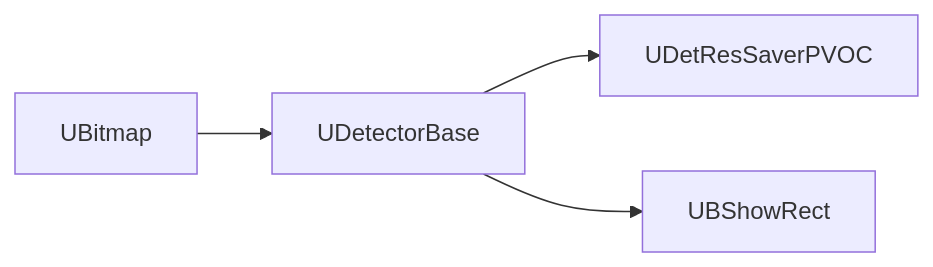
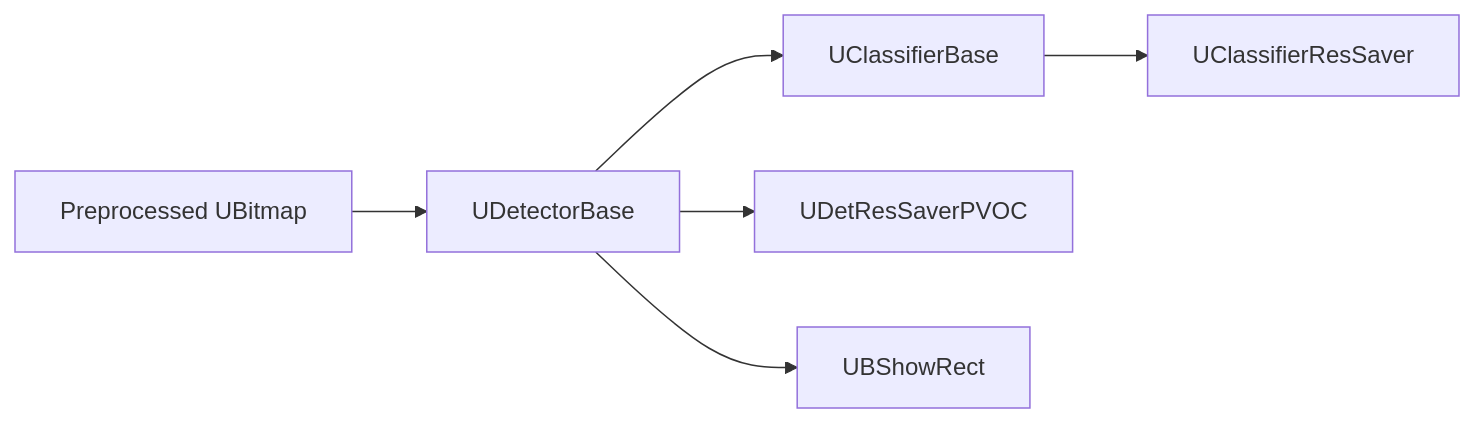
One commit to aicommunity/Rdk-CvBasicLib changed the fifth of 5 diagrams in Docs/Components/DetectorsSegmentators.md. Above: the diagram before and after it, drawn with Mermaid. The commit also changed other lines of this file and 14 other files, not shown here.

````diff
--- a/Docs/Components/DetectorsSegmentators.md
+++ b/Docs/Components/DetectorsSegmentators.md
@@ -28,6 +109,8 @@
 ```mermaid
-flowchart LR
-    img[UBitmap] --> det[UDetectorBase]
-    det --> saver[UDetResSaverPVOC]
-    det --> vis[UBShowRect]
+graph LR
+    Img[Preprocessed UBitmap] --> Det[UDetectorBase]
+    Det --> Cls[UClassifierBase]
+    Cls --> Saver[UClassifierResSaver]
+    Det --> DSaver[UDetResSaverPVOC]
+    Det --> Vis[UBShowRect]
 ```
````
